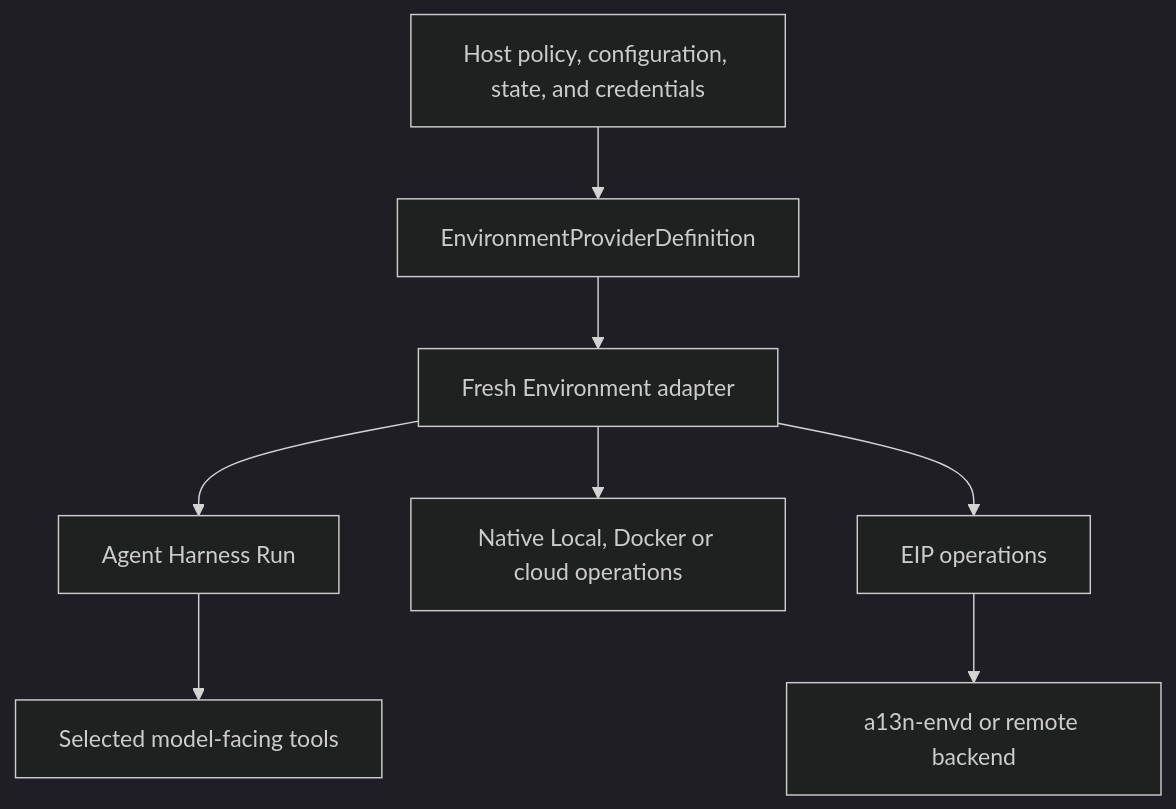
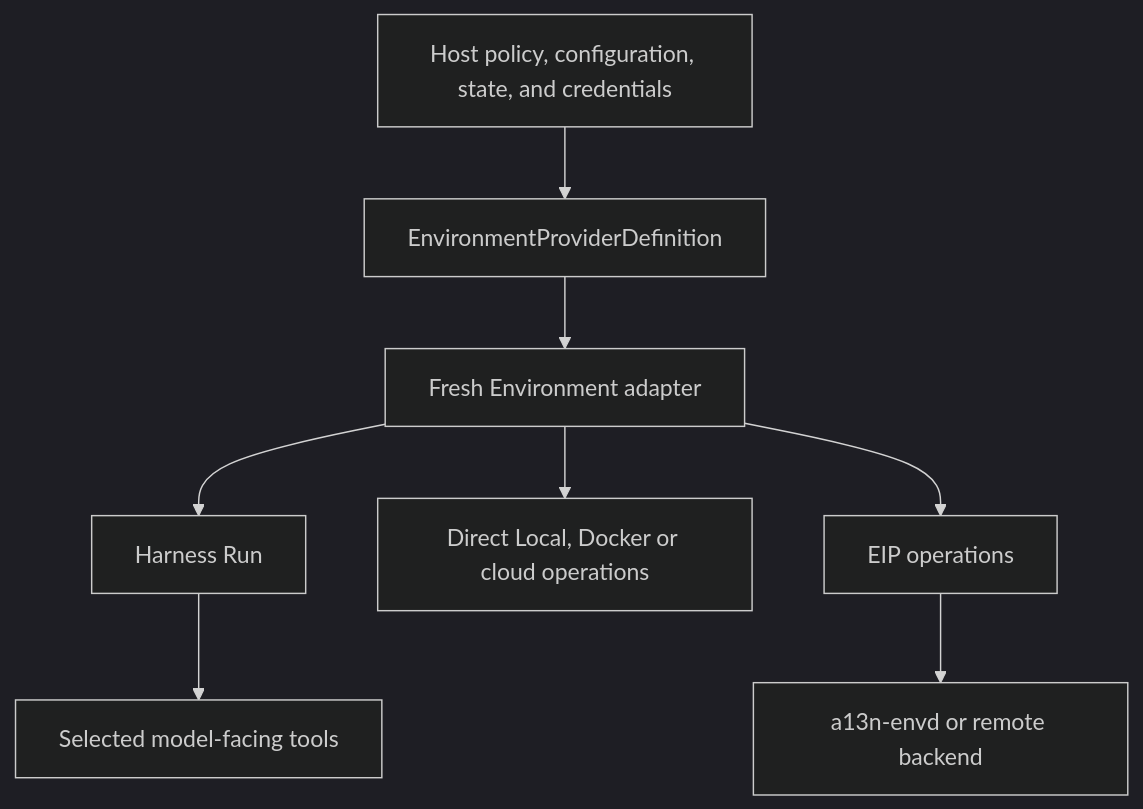
One commit to converge-ai-labs/agent-foundation changed the diagram in docs/environments/index.md. Above: the diagram before and after it, drawn with Mermaid (dark theme). The commit also changed other lines of this file and 199 other files, not shown here.

````diff
--- a/docs/environments/index.md
+++ b/docs/environments/index.md
@@ -57,14 +57,14 @@
 ```mermaid
 flowchart TB
     Host[Host policy, configuration, state, and credentials] --> Definition[EnvironmentProviderDefinition]
     Definition --> Environment[Fresh Environment adapter]
-    Environment --> Harness[Agent Harness Run]
+    Environment --> Harness[Harness Run]
     Harness --> Tools[Selected model-facing tools]
-    Environment --> Direct[Native Local, Docker or cloud operations]
+    Environment --> Direct[Direct Local, Docker or cloud operations]
     Environment --> EIP[EIP operations]
     EIP --> Envd[a13n-envd or remote backend]
 
     class Host app
     class Definition,Environment,Harness,Envd a13n
     class Direct ext
 ```
````
